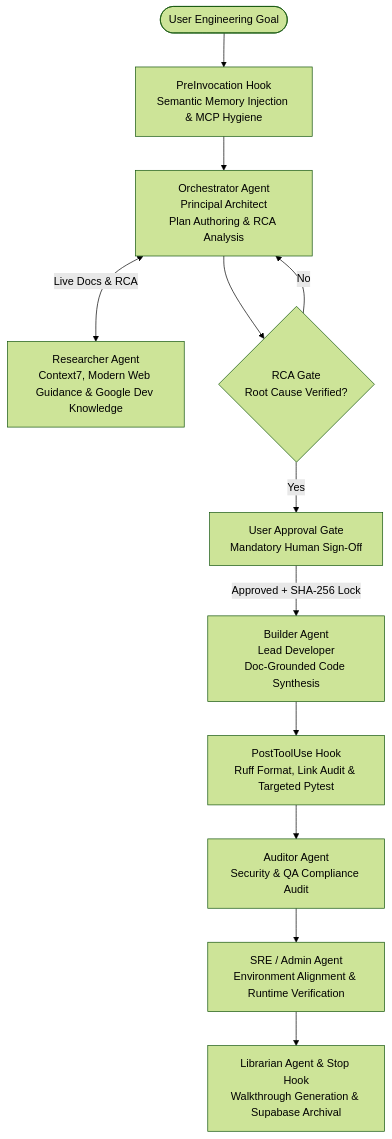
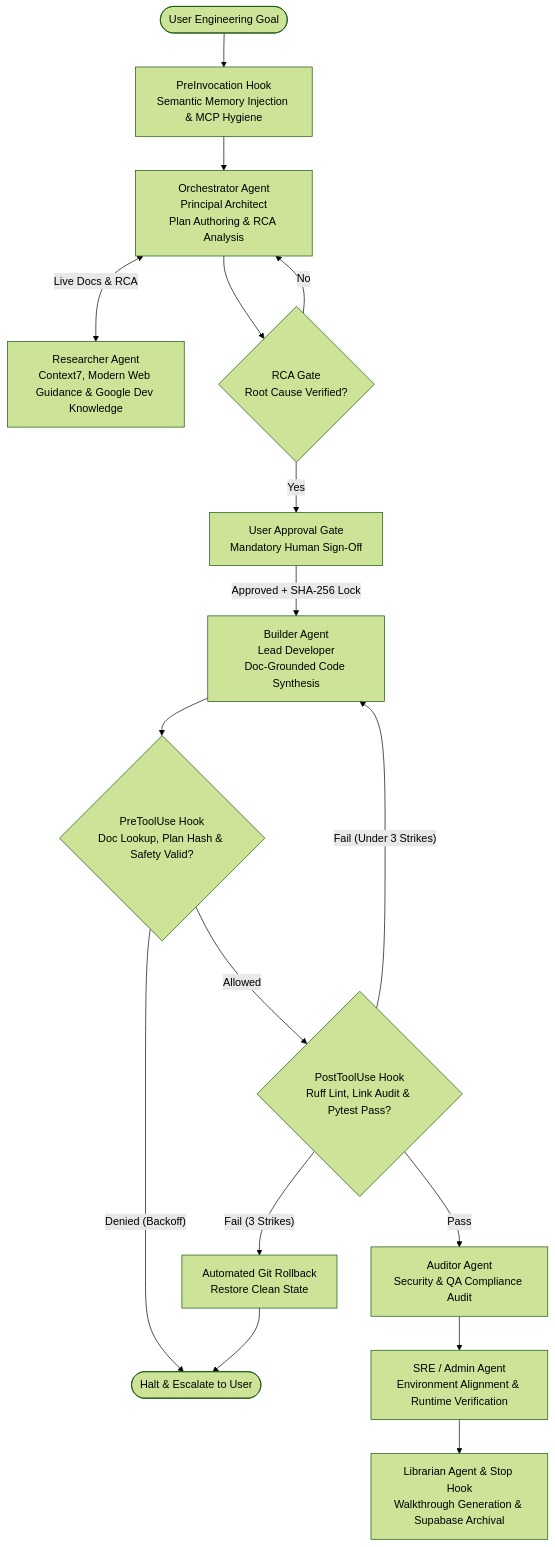
Before and after one commit to dnguyen029/antigravity-portfolio: the second of 2 diagrams in README.md, drawn with Mermaid (forest theme).

Commit message:
docs: add PreToolUse denial backoff and PostToolUse 3-strike rollback paths to Mermaid flow

````diff
--- a/README.md
+++ b/README.md
@@ -96,16 +96,20 @@
 ```mermaid
 flowchart TD
     Goal(["User Engineering Goal"]) --> PreInv["PreInvocation Hook<br/>Semantic Memory Injection & MCP Hygiene"]
     PreInv --> Orchestrator["Orchestrator Agent<br/>Principal Architect<br/>Plan Authoring & RCA Analysis"]
     Orchestrator <-->|"Live Docs & RCA"| Researcher["Researcher Agent<br/>Context7, Modern Web Guidance & Google Dev Knowledge"]
     
     Orchestrator --> RCAGate{"RCA Gate<br/>Root Cause Verified?"}
     RCAGate -->|"No"| Orchestrator
     RCAGate -->|"Yes"| ApprovalGate["User Approval Gate<br/>Mandatory Human Sign-Off"]
     
     ApprovalGate -->|"Approved + SHA-256 Lock"| Builder["Builder Agent<br/>Lead Developer<br/>Doc-Grounded Code Synthesis"]
-    Builder --> PostTool["PostToolUse Hook<br/>Ruff Format, Link Audit & Targeted Pytest"]
-    PostTool --> Auditor["Auditor Agent<br/>Security & QA Compliance Audit"]
+    Builder --> PreTool{"PreToolUse Hook<br/>Doc Lookup, Plan Hash & Safety Valid?"}
+    PreTool -->|"Denied (Backoff)"| Escalation(["Halt & Escalate to User"])
+    PreTool -->|"Allowed"| PostTool{"PostToolUse Hook<br/>Ruff Lint, Link Audit & Pytest Pass?"}
+    PostTool -->|"Fail (Under 3 Strikes)"| Builder
+    PostTool -->|"Fail (3 Strikes)"| Rollback["Automated Git Rollback<br/>Restore Clean State"] --> Escalation
+    PostTool -->|"Pass"| Auditor["Auditor Agent<br/>Security & QA Compliance Audit"]
     Auditor --> SRE["SRE / Admin Agent<br/>Environment Alignment & Runtime Verification"]
     SRE --> Librarian["Librarian Agent & Stop Hook<br/>Walkthrough Generation & Supabase Archival"]
 ```
````
